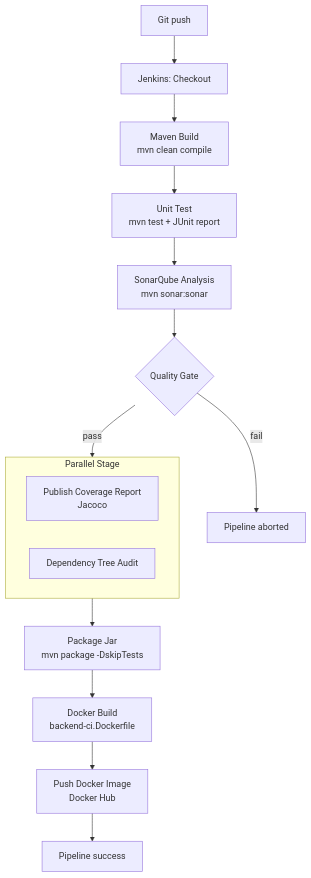
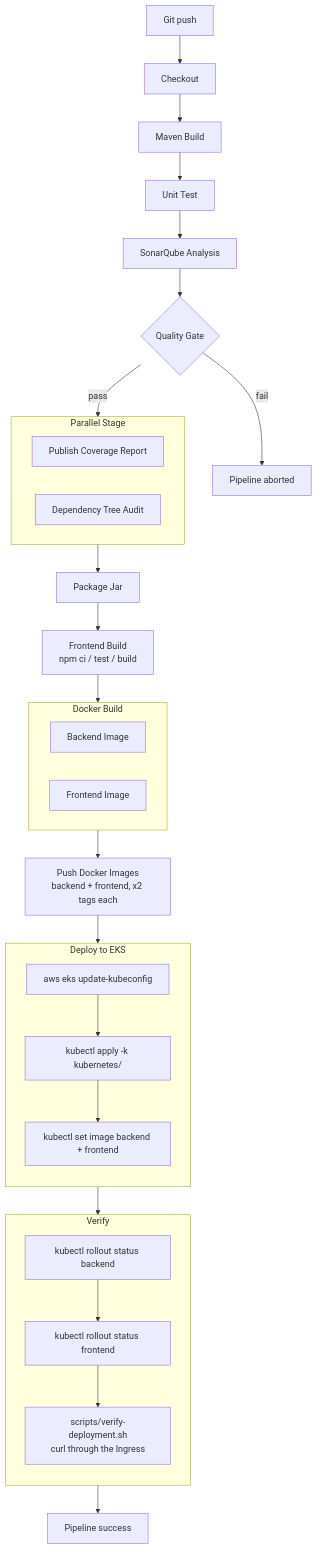
Before and after one commit to srikanth78933/Enterprise-DevOps-Learning-Platform: the first of 2 diagrams in architecture/pipeline-diagram.md, drawn with Mermaid. The commit also changed other lines of this file and 47 other files, not shown here.

First line of the commit message:
Add Project 2: CD to AWS EKS (Terraform + Kubernetes + extended pipeline)

````diff
--- a/architecture/pipeline-diagram.md
+++ b/architecture/pipeline-diagram.md
@@ -3,21 +6,47 @@
 ```mermaid
 flowchart TD
-    A[Git push] --> B[Jenkins: Checkout]
-    B --> C[Maven Build<br/>mvn clean compile]
-    C --> D[Unit Test<br/>mvn test + JUnit report]
-    D --> E[SonarQube Analysis<br/>mvn sonar:sonar]
+    A[Git push] --> B[Checkout]
+    B --> C[Maven Build]
+    C --> D[Unit Test]
+    D --> E[SonarQube Analysis]
     E --> F{Quality Gate}
     F -- fail --> X[Pipeline aborted]
     F -- pass --> G[Parallel Stage]
 
     subgraph G[Parallel Stage]
         direction LR
-        G1[Publish Coverage Report<br/>Jacoco]
+        G1[Publish Coverage Report]
         G2[Dependency Tree Audit]
     end
 
-    G --> H[Package Jar<br/>mvn package -DskipTests]
-    H --> I[Docker Build<br/>backend-ci.Dockerfile]
-    I --> J[Push Docker Image<br/>Docker Hub]
-    J --> K[Pipeline success]
+    G --> H[Package Jar]
+    H --> I[Frontend Build<br/>npm ci / test / build]
+    I --> J[Docker Build]
+
+    subgraph J[Docker Build]
+        direction LR
+        J1[Backend Image]
+        J2[Frontend Image]
+    end
+
+    J --> K[Push Docker Images<br/>backend + frontend, x2 tags each]
+    K --> L[Deploy to EKS]
+    L --> M[Verify]
+    M --> N[Pipeline success]
+
+    subgraph L[Deploy to EKS]
+        direction TB
+        L1[aws eks update-kubeconfig]
+        L2[kubectl apply -k kubernetes/]
+        L3[kubectl set image backend + frontend]
+        L1 --> L2 --> L3
+    end
+
+    subgraph M[Verify]
+        direction TB
+        M1[kubectl rollout status backend]
+        M2[kubectl rollout status frontend]
+        M3[scripts/verify-deployment.sh<br/>curl through the Ingress]
+        M1 --> M2 --> M3
+    end
 ```
````
